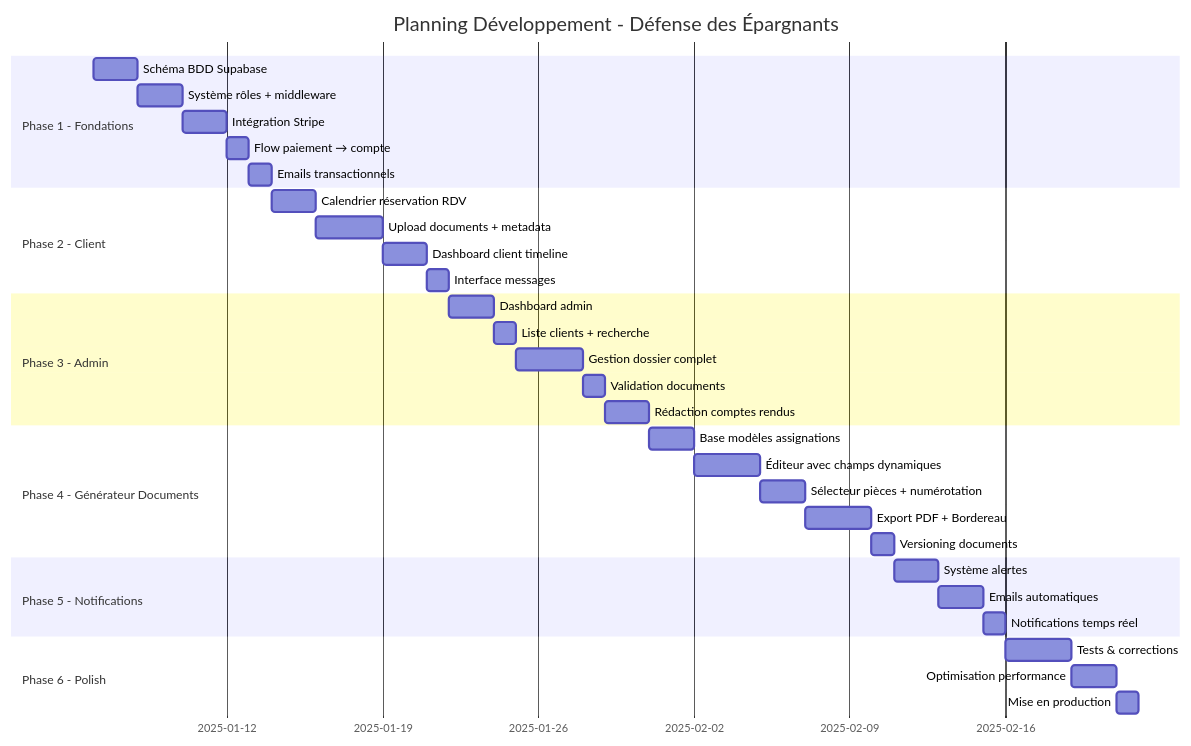
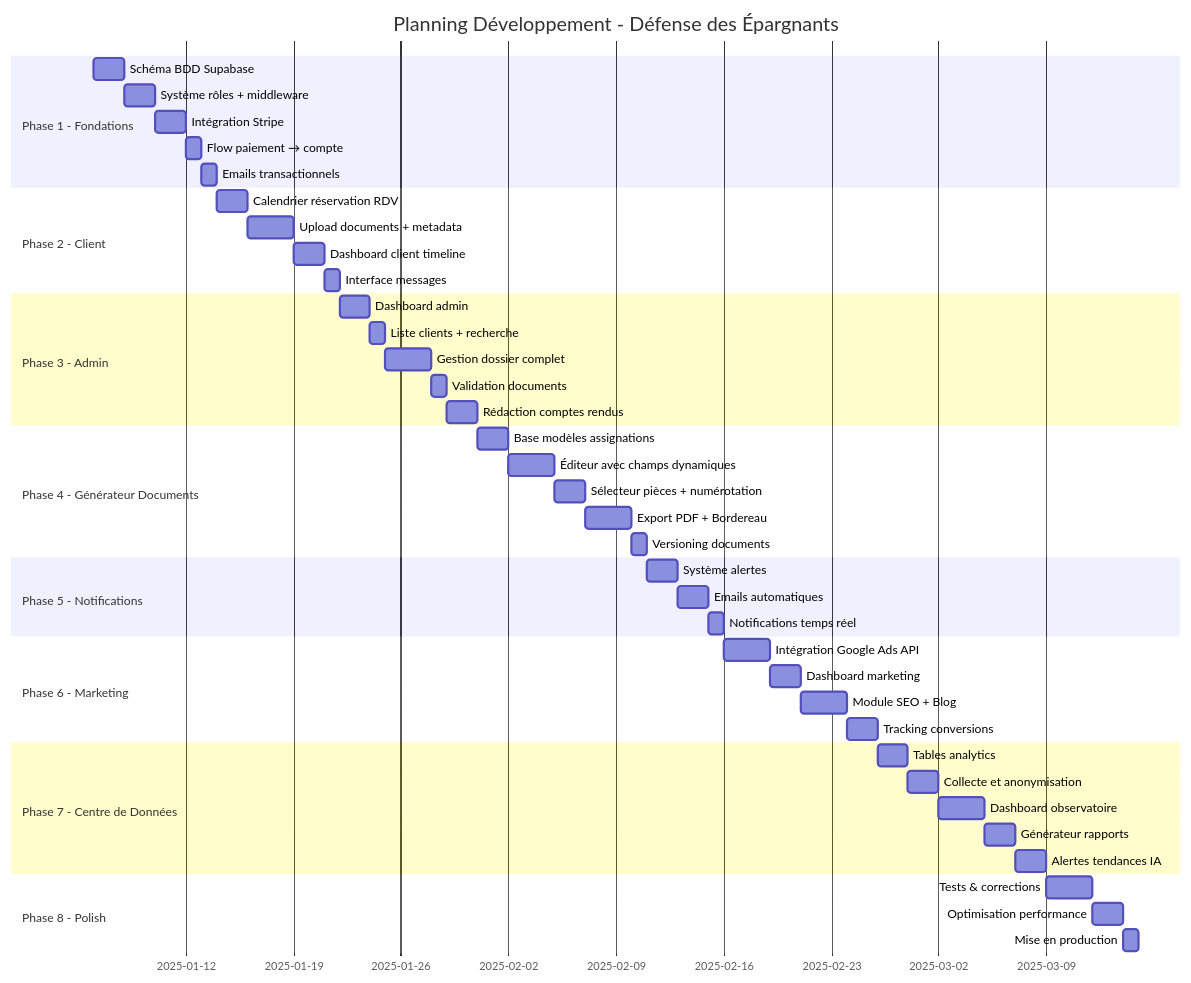
One commit to NMajster/Corentin-app changed diagram 13 of 13 in PLAN.md. Above: the diagram before and after it, drawn with Mermaid. The commit also changed other lines of this file, not shown here.

Commit message:
Ajout modules Marketing (Google Ads, SEO) et Centre de Données (Observatoire Fraudes)

````diff
--- a/PLAN.md
+++ b/PLAN.md
@@ -649,42 +884,55 @@
 ```mermaid
 gantt
     title Planning Développement - Défense des Épargnants
     dateFormat  YYYY-MM-DD
     
     section Phase 1 - Fondations
     Schéma BDD Supabase           :p1a, 2025-01-06, 2d
     Système rôles + middleware    :p1b, after p1a, 2d
     Intégration Stripe            :p1c, after p1b, 2d
     Flow paiement → compte        :p1d, after p1c, 1d
     Emails transactionnels        :p1e, after p1d, 1d
     
     section Phase 2 - Client
     Calendrier réservation RDV    :p2a, after p1e, 2d
     Upload documents + metadata   :p2b, after p2a, 3d
     Dashboard client timeline     :p2c, after p2b, 2d
     Interface messages            :p2d, after p2c, 1d
     
     section Phase 3 - Admin
     Dashboard admin               :p3a, after p2d, 2d
     Liste clients + recherche     :p3b, after p3a, 1d
     Gestion dossier complet       :p3c, after p3b, 3d
     Validation documents          :p3d, after p3c, 1d
     Rédaction comptes rendus      :p3e, after p3d, 2d
     
     section Phase 4 - Générateur Documents
     Base modèles assignations     :p4a, after p3e, 2d
     Éditeur avec champs dynamiques:p4b, after p4a, 3d
     Sélecteur pièces + numérotation:p4c, after p4b, 2d
     Export PDF + Bordereau        :p4d, after p4c, 3d
     Versioning documents          :p4e, after p4d, 1d
     
     section Phase 5 - Notifications
     Système alertes               :p5a, after p4e, 2d
     Emails automatiques           :p5b, after p5a, 2d
     Notifications temps réel      :p5c, after p5b, 1d
     
-    section Phase 6 - Polish
-    Tests & corrections           :p6a, after p5c, 3d
-    Optimisation performance      :p6b, after p6a, 2d
-    Mise en production            :p6c, after p6b, 1d
+    section Phase 6 - Marketing
+    Intégration Google Ads API    :p6a, after p5c, 3d
+    Dashboard marketing           :p6b, after p6a, 2d
+    Module SEO + Blog             :p6c, after p6b, 3d
+    Tracking conversions          :p6d, after p6c, 2d
+
+    section Phase 7 - Centre de Données
+    Tables analytics              :p7a, after p6d, 2d
+    Collecte et anonymisation     :p7b, after p7a, 2d
+    Dashboard observatoire        :p7c, after p7b, 3d
+    Générateur rapports           :p7d, after p7c, 2d
+    Alertes tendances IA          :p7e, after p7d, 2d
+    
+    section Phase 8 - Polish
+    Tests & corrections           :p8a, after p7e, 3d
+    Optimisation performance      :p8b, after p8a, 2d
+    Mise en production            :p8c, after p8b, 1d
 ```
````
